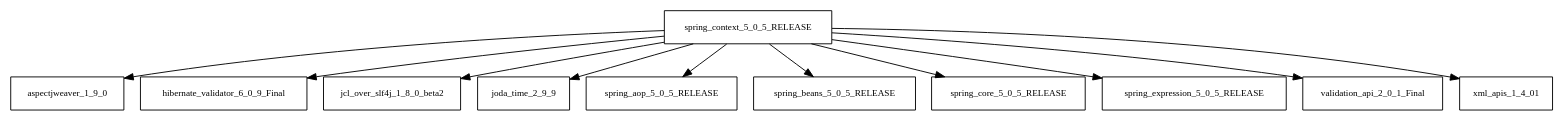
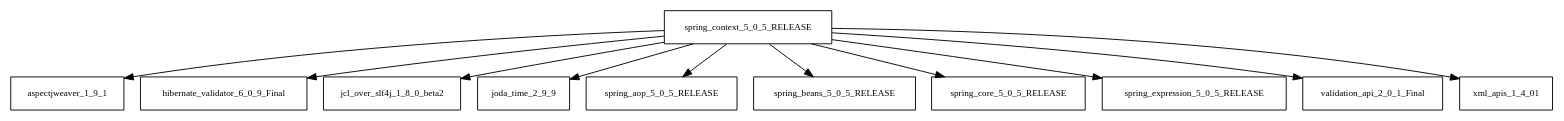
The diagram in tattleTaleReport/graphviz/spring-context-5.0.5.RELEASE.jar/spring-context-5.0.5.RELEASE.jar.dot (sjvs/cia), drawn with Graphviz before and after one commit. The commit also changed 1978 other files, not shown here.

```diff
--- a/tattleTaleReport/graphviz/spring-context-5.0.5.RELEASE.jar/spring-context-5.0.5.RELEASE.jar.dot
+++ b/tattleTaleReport/graphviz/spring-context-5.0.5.RELEASE.jar/spring-context-5.0.5.RELEASE.jar.dot
@@ -1,13 +1,13 @@
 digraph spring_context_5_0_5_RELEASE_dependencies {
   node [shape = box, fontsize=10.0];
-  spring_context_5_0_5_RELEASE -> aspectjweaver_1_9_0;
+  spring_context_5_0_5_RELEASE -> aspectjweaver_1_9_1;
   spring_context_5_0_5_RELEASE -> hibernate_validator_6_0_9_Final;
   spring_context_5_0_5_RELEASE -> jcl_over_slf4j_1_8_0_beta2;
   spring_context_5_0_5_RELEASE -> joda_time_2_9_9;
   spring_context_5_0_5_RELEASE -> spring_aop_5_0_5_RELEASE;
   spring_context_5_0_5_RELEASE -> spring_beans_5_0_5_RELEASE;
   spring_context_5_0_5_RELEASE -> spring_core_5_0_5_RELEASE;
   spring_context_5_0_5_RELEASE -> spring_expression_5_0_5_RELEASE;
   spring_context_5_0_5_RELEASE -> validation_api_2_0_1_Final;
   spring_context_5_0_5_RELEASE -> xml_apis_1_4_01;
 }
```
